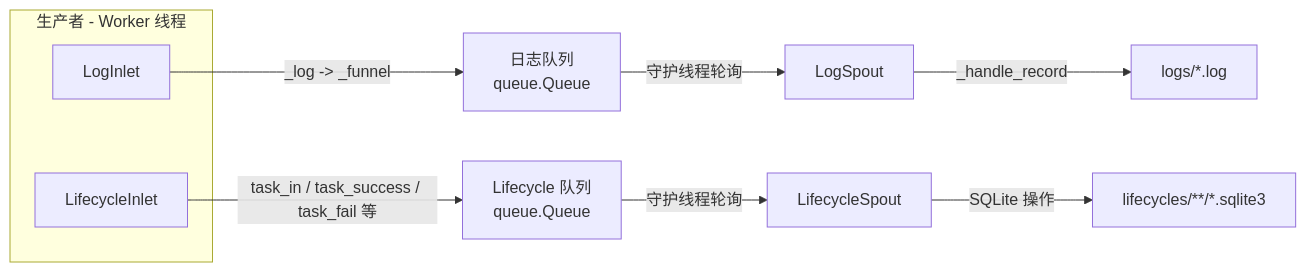
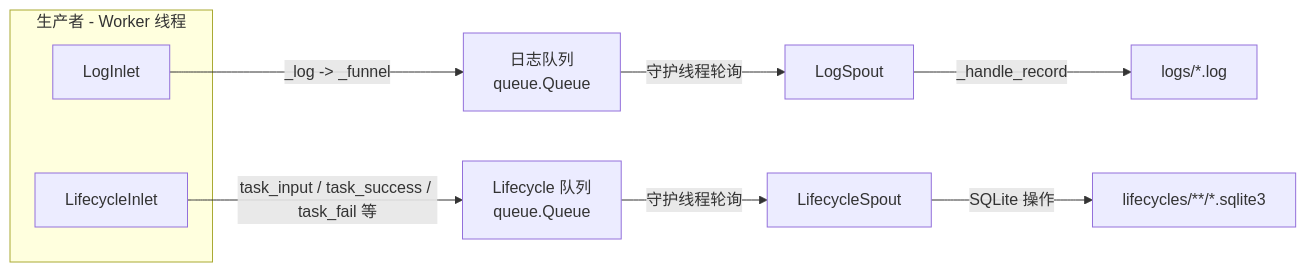
The diagram in docs/zh-CN/src/persistence/__init__.md (Mr-xiaotian/CelestialFlow), drawn with Mermaid before and after one commit. The commit also changed other lines of this file and 80 other files, not shown here.

````diff
--- a/docs/zh-CN/src/persistence/__init__.md
+++ b/docs/zh-CN/src/persistence/__init__.md
@@ -79,16 +79,16 @@
 ```mermaid
 flowchart LR
     subgraph Producer[生产者 - Worker 线程]
         LogInlet[LogInlet]
         LifecycleInlet[LifecycleInlet]
     end
 
     LogInlet -->|_log -> _funnel| LogQueue[日志队列<br/>queue.Queue]
-    LifecycleInlet -->|task_in / task_success / task_fail 等| LifecycleQueue[Lifecycle 队列<br/>queue.Queue]
+    LifecycleInlet -->|task_input / task_success / task_fail 等| LifecycleQueue[Lifecycle 队列<br/>queue.Queue]
 
     LogQueue -->|守护线程轮询| LogSpout[LogSpout]
     LifecycleQueue -->|守护线程轮询| LifecycleSpout[LifecycleSpout]
 
     LogSpout -->|_handle_record| LogFile[logs/*.log]
     LifecycleSpout -->|SQLite 操作| SQLiteFile[lifecycles/**/*.sqlite3]
 ```
````
